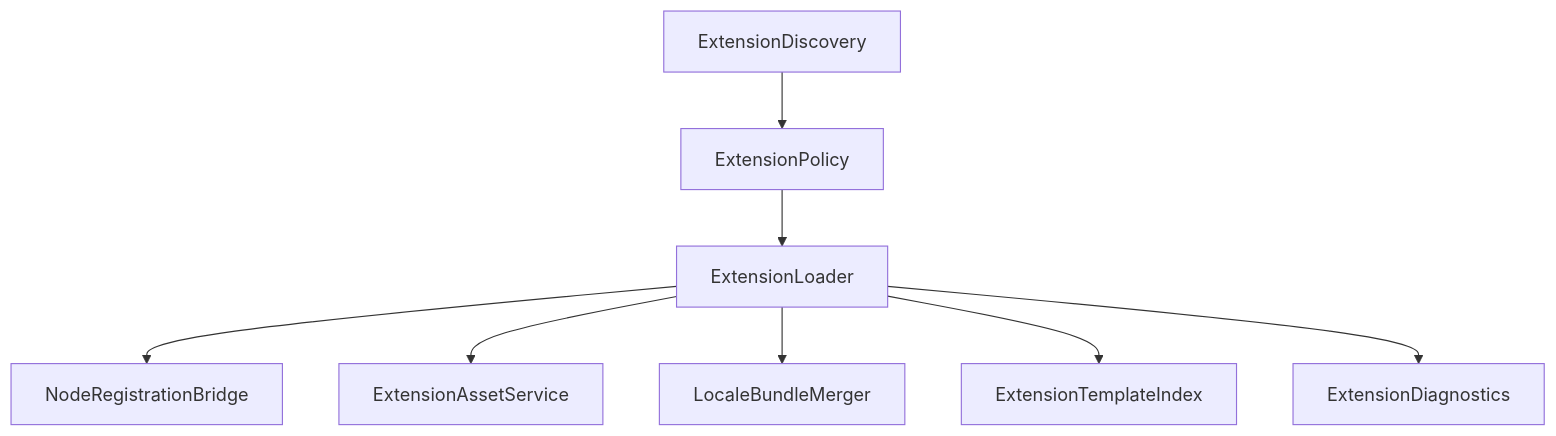
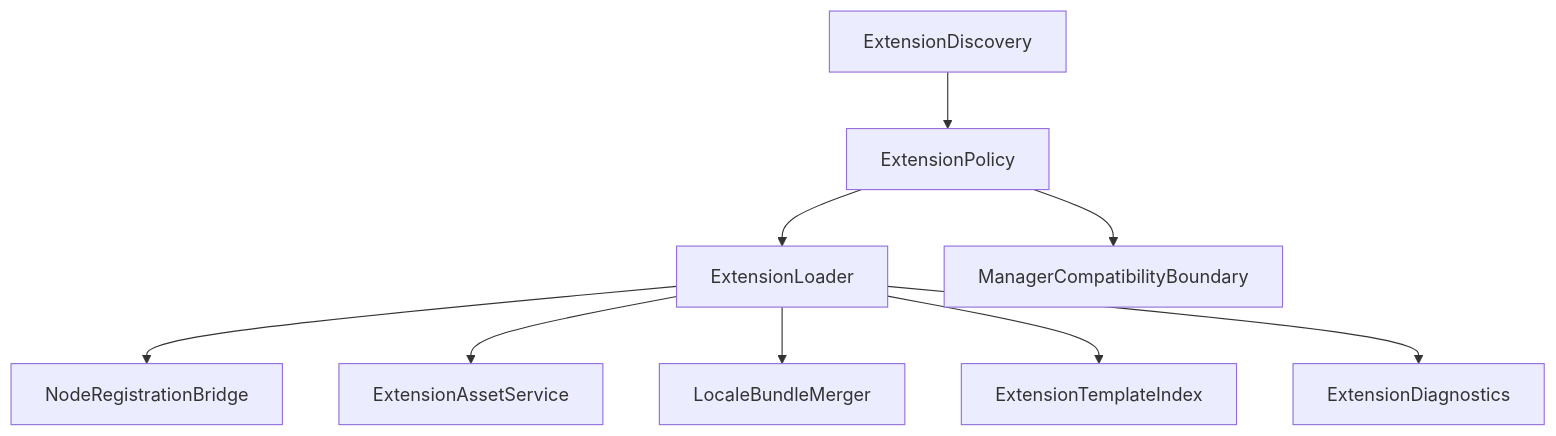
The diagram in .agents/specs/godot-migration/comfy-extension-ecosystem/design.md (imagineerings/xor), drawn with Mermaid before and after one commit. The commit also changed other lines of this file and 4 other files, not shown here.

First line of the commit message:
feat(world_model): add native Sim manager boundary (#236)

````diff
--- a/.agents/specs/godot-migration/comfy-extension-ecosystem/design.md
+++ b/.agents/specs/godot-migration/comfy-extension-ecosystem/design.md
@@ -9,10 +9,11 @@
 ```mermaid
 flowchart TD
     Discovery[ExtensionDiscovery] --> Policy[ExtensionPolicy]
     Policy --> Loader[ExtensionLoader]
     Loader --> Nodes[NodeRegistrationBridge]
     Loader --> Web[ExtensionAssetService]
     Loader --> I18n[LocaleBundleMerger]
     Loader --> Templates[ExtensionTemplateIndex]
+    Policy --> Manager[ManagerCompatibilityBoundary]
     Loader --> Diagnostics[ExtensionDiagnostics]
 ```
````
